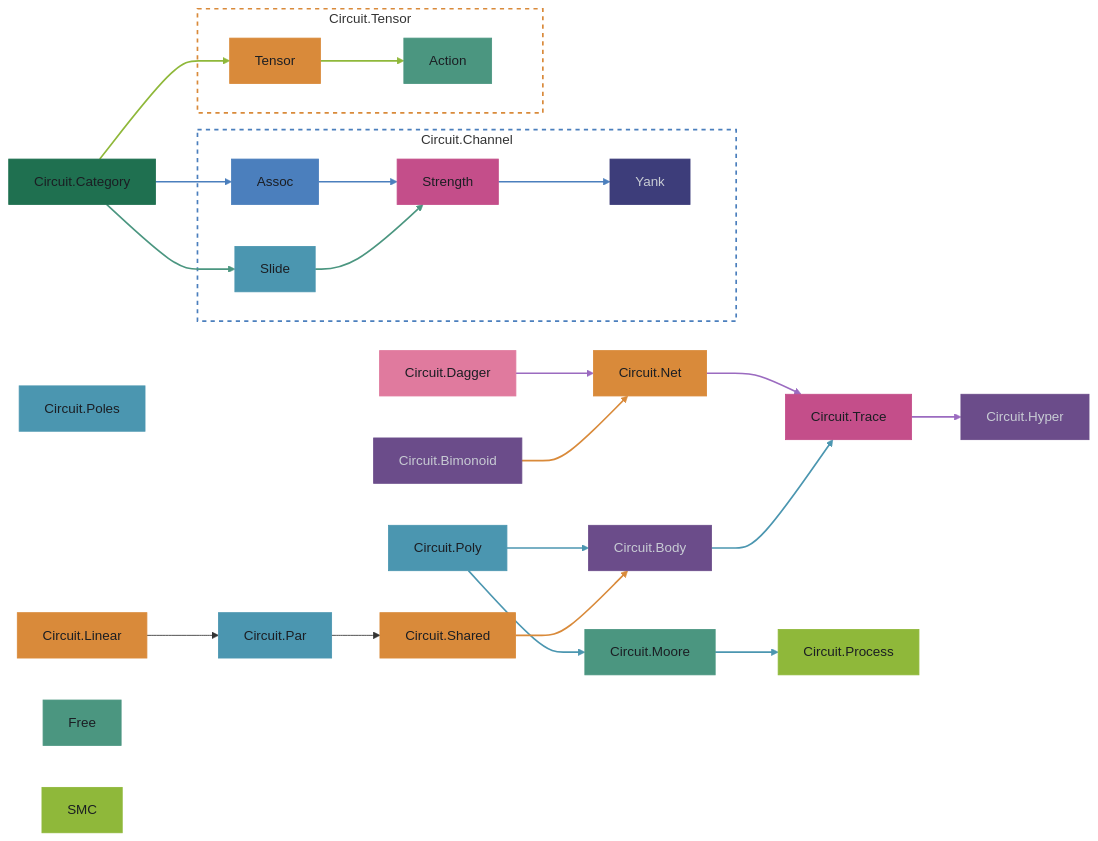
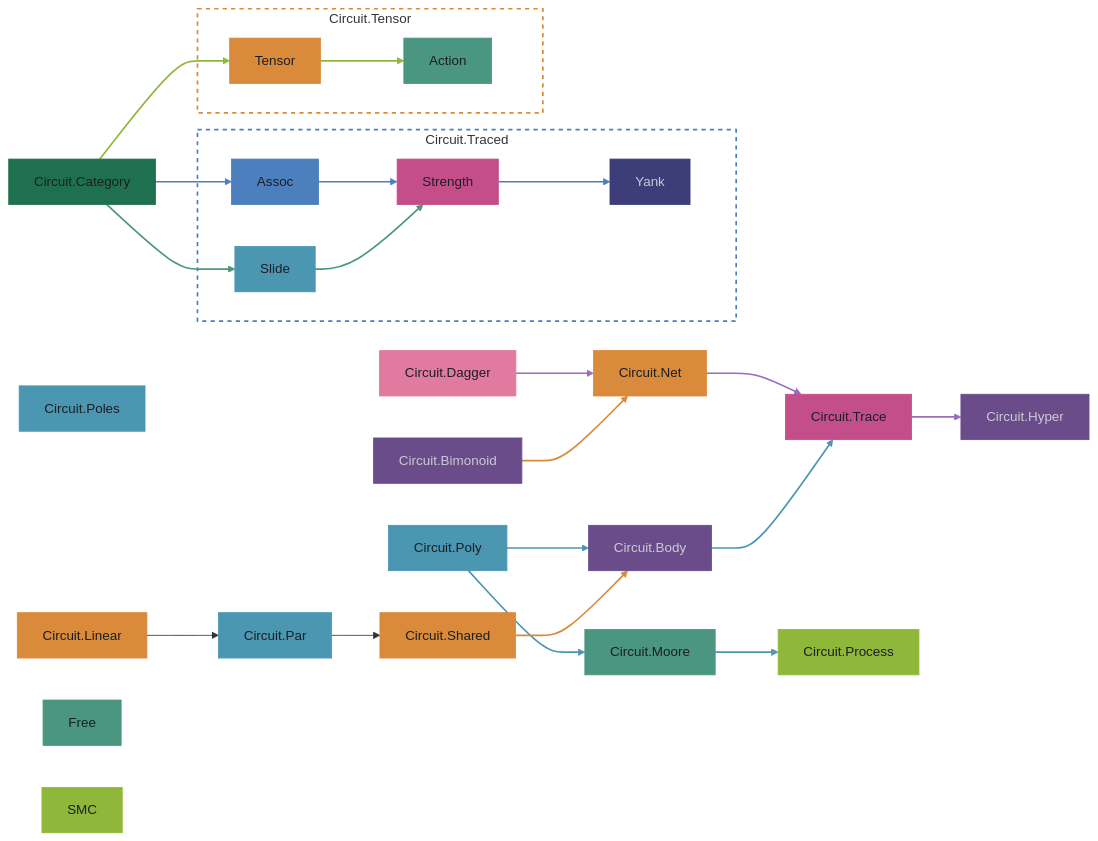
Before and after one commit to tonyday567/circuits: the second of 2 diagrams in readme.md, drawn with Mermaid. The commit also changed other lines of this file and 27 other files, not shown here.

Commit message:
Rename structural Channel module to Traced; move Poly.Channel to Channel

````diff
--- a/readme.md
+++ b/readme.md
@@ -63,77 +63,77 @@
 ```mermaid
 graph LR
   Category["Circuit.Category"]
 
-  subgraph Channel ["Circuit.Channel"]
+  subgraph Channel ["Circuit.Traced"]
     Assoc["Assoc"]
     Slide["Slide"]
     Strength["Strength"]
     Yank["Yank"]
   end
 
   subgraph Tensor ["Circuit.Tensor"]
     TensorClass["Tensor"]
     Action["Action"]
   end
 
   Net["Circuit.Net"]
   Trace["Circuit.Trace"]
   Hyper["Circuit.Hyper"]
   Dagger["Circuit.Dagger"]
   Poles["Circuit.Poles"]
   Body["Circuit.Body"]
   Poly["Circuit.Poly"]
   Moore["Circuit.Moore"]
   Process["Circuit.Process"]
   Shared["Circuit.Shared"]
   Bimonoid["Circuit.Bimonoid"]
   Par["Circuit.Par"]
   Linear["Circuit.Linear"]
 
   Category --> Assoc --> Strength --> Yank
   Category --> Slide --> Strength
   Category --> TensorClass --> Action
   Net --> Trace
   Trace --> Hyper
   Dagger --> Net
   Body --> Trace
   Poly --> Body
   Poly --> Moore
   Moore --> Process
   Shared --> Body
   Bimonoid --> Net
   Par --> Shared
   Linear --> Par
 
   linkStyle 0,1,2 stroke:#4B7FBD,stroke-width:2px
   linkStyle 3,4 stroke:#4B9680,stroke-width:2px
   linkStyle 5,6 stroke:#8FB83A,stroke-width:2px
   linkStyle 7,8,9 stroke:#9B6BC0,stroke-width:2px
   linkStyle 10,11,12,13 stroke:#4B96B0,stroke-width:2px
   linkStyle 14,15 stroke:#D98A3A,stroke-width:2px
 
   style Channel fill:transparent,stroke:#4B7FBD,stroke-width:2px,stroke-dasharray: 5 5
   style Tensor fill:transparent,stroke:#D98A3A,stroke-width:2px,stroke-dasharray: 5 5
   style Category fill:#1F7050,stroke:#1F7050,color:#1b1e23
   style Assoc fill:#4B7FBD,stroke:#4B7FBD,color:#1b1e23
   style Slide fill:#4B96B0,stroke:#4B96B0,color:#1b1e23
   style Strength fill:#C44E8A,stroke:#C44E8A,color:#1b1e23
   style Yank fill:#3D3D7A,stroke:#3D3D7A,color:#c8ccd4
   style TensorClass fill:#D98A3A,stroke:#D98A3A,color:#1b1e23
   style Action fill:#4B9680,stroke:#4B9680,color:#1b1e23
   style Free fill:#4B9680,stroke:#4B9680,color:#1b1e23
   style SMC fill:#8FB83A,stroke:#8FB83A,color:#1b1e23
   style Net fill:#D98A3A,stroke:#D98A3A,color:#1b1e23
   style Trace fill:#C44E8A,stroke:#C44E8A,color:#1b1e23
   style Hyper fill:#6B4C8A,stroke:#6B4C8A,color:#c8ccd4
   style Dagger fill:#E07A9E,stroke:#E07A9E,color:#1b1e23
   style Poles fill:#4B96B0,stroke:#4B96B0,color:#1b1e23
   style Body fill:#6B4C8A,stroke:#6B4C8A,color:#c8ccd4
   style Poly fill:#4B96B0,stroke:#4B96B0,color:#1b1e23
   style Moore fill:#4B9680,stroke:#4B9680,color:#1b1e23
   style Process fill:#8FB83A,stroke:#8FB83A,color:#1b1e23
   style Shared fill:#D98A3A,stroke:#D98A3A,color:#1b1e23
   style Bimonoid fill:#6B4C8A,stroke:#6B4C8A,color:#c8ccd4
   style Par fill:#4B96B0,stroke:#4B96B0,color:#1b1e23
   style Linear fill:#D98A3A,stroke:#D98A3A,color:#1b1e23
 ```
````
